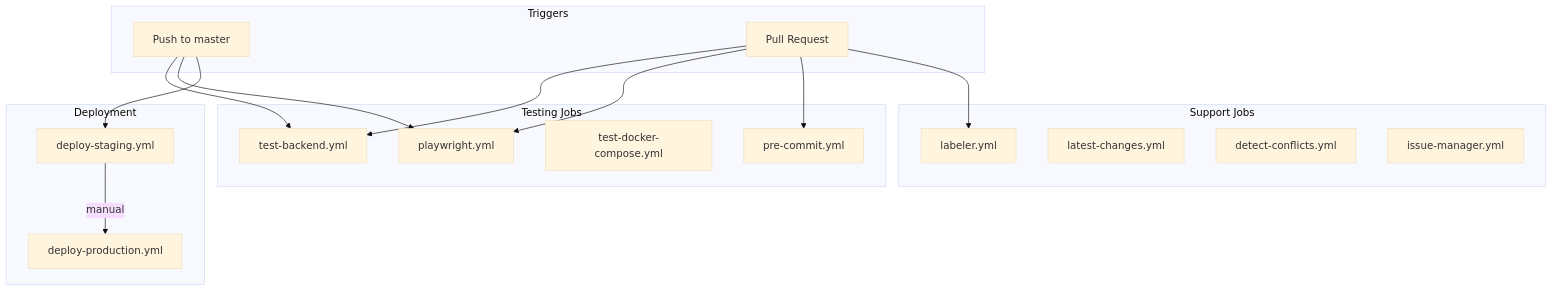
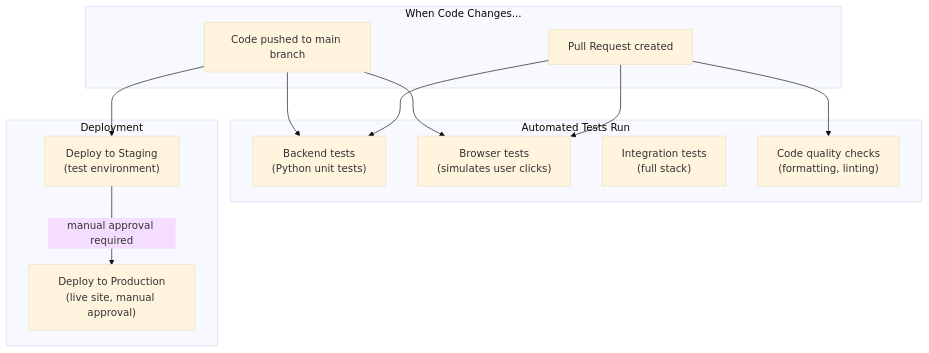
The third of 3 diagrams in docs/Repo-Analysis.md (sarangambekar1997/full-stack-fastapi-template), drawn with Mermaid (base theme) before and after one commit. The commit also changed other lines of this file, not shown here.

````diff
--- a/docs/Repo-Analysis.md
+++ b/docs/Repo-Analysis.md
@@ -238,35 +344,27 @@
 ```mermaid
 flowchart TB
-    subgraph Triggers["Triggers"]
-        Push[Push to master]
-        PR[Pull Request]
+    subgraph Triggers["When Code Changes..."]
+        Push["Code pushed to main branch"]
+        PR["Pull Request created"]
     end
 
-    subgraph Testing["Testing Jobs"]
-        Backend[test-backend.yml]
-        Playwright[playwright.yml]
-        Docker[test-docker-compose.yml]
-        PreCommit[pre-commit.yml]
+    subgraph Testing["Automated Tests Run"]
+        Backend["Backend tests<br/>(Python unit tests)"]
+        Playwright["Browser tests<br/>(simulates user clicks)"]
+        Docker["Integration tests<br/>(full stack)"]
+        PreCommit["Code quality checks<br/>(formatting, linting)"]
     end
 
     subgraph Deployment["Deployment"]
-        Staging[deploy-staging.yml]
-        Production[deploy-production.yml]
-    end
-
-    subgraph Support["Support Jobs"]
-        Labeler[labeler.yml]
-        Changes[latest-changes.yml]
-        Conflicts[detect-conflicts.yml]
-        Issues[issue-manager.yml]
+        Staging["Deploy to Staging<br/>(test environment)"]
+        Production["Deploy to Production<br/>(live site, manual approval)"]
     end
 
     Push --> Backend
     Push --> Playwright
     Push --> Staging
     PR --> Backend
     PR --> Playwright
     PR --> PreCommit
-    PR --> Labeler
-    Staging -->|manual| Production
+    Staging -->|"manual approval required"| Production
 ```
````
